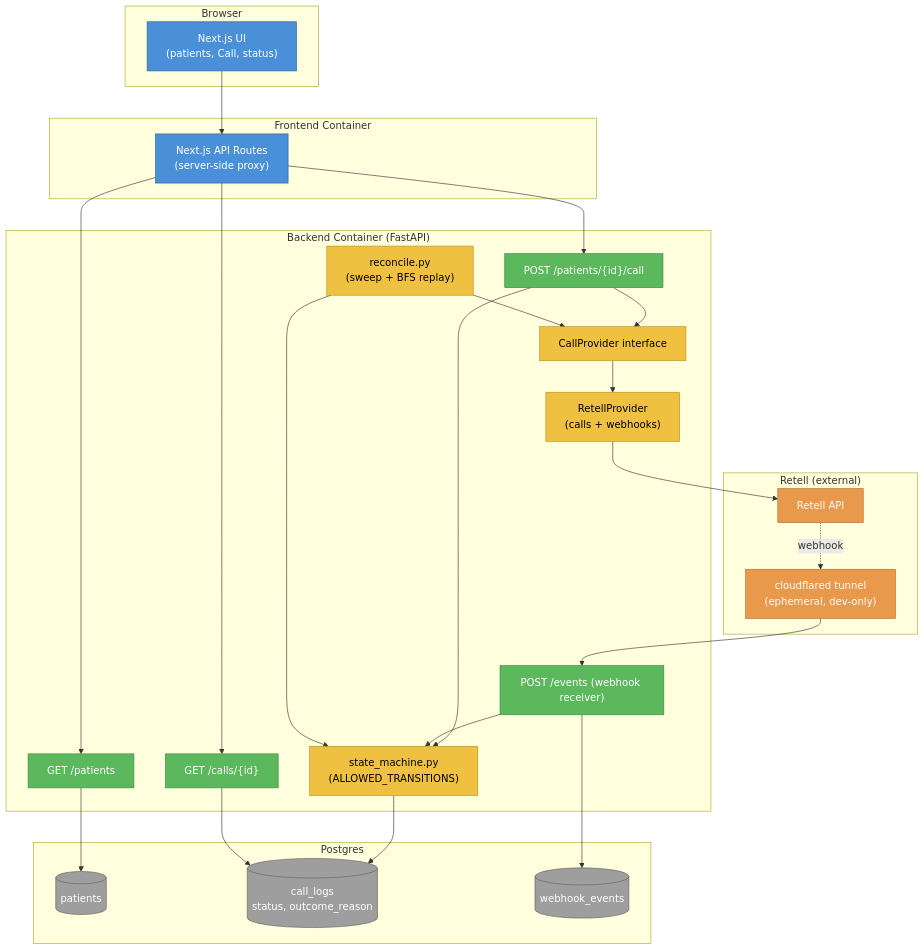
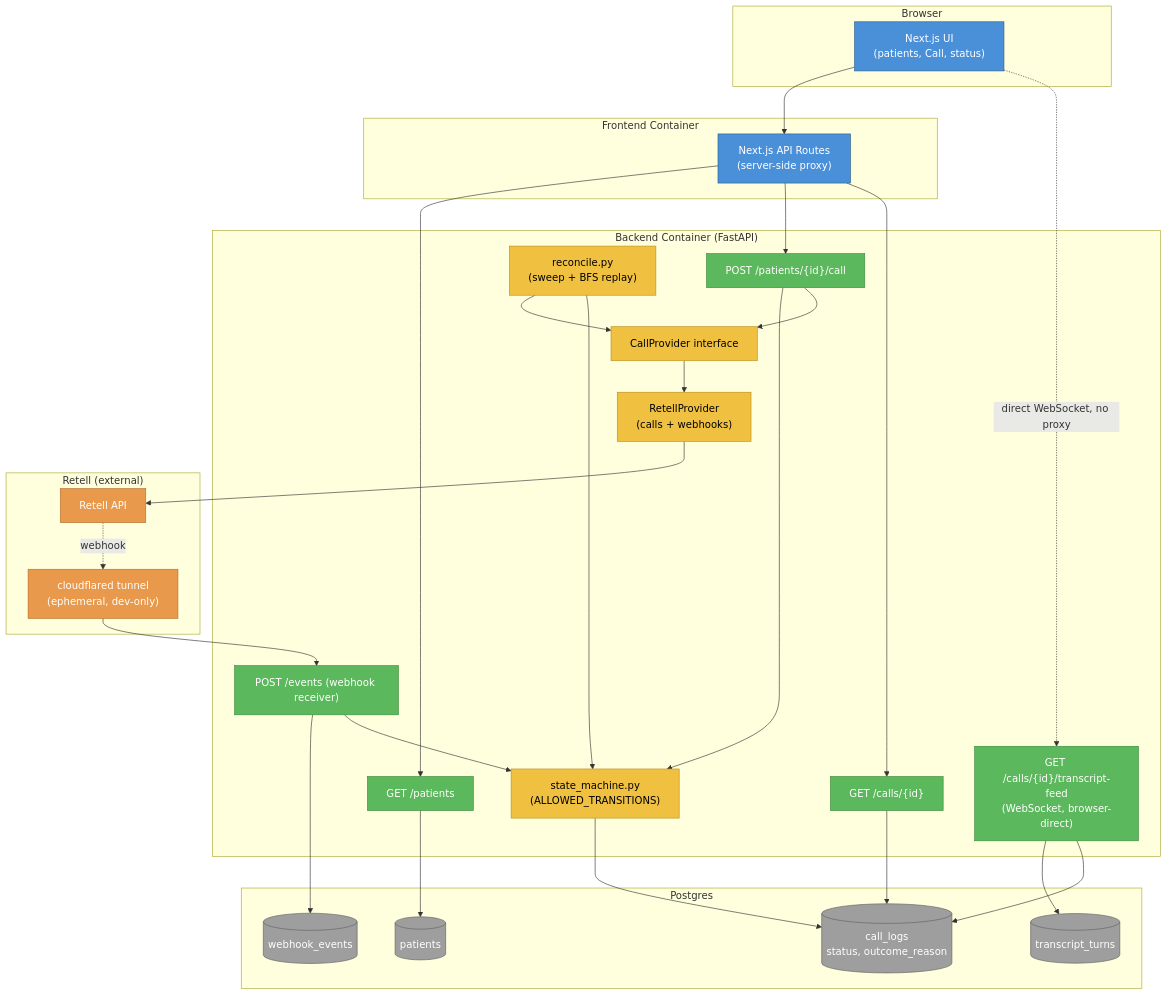
One commit to liam-pinson/rely-health-ai-calling-agent changed the first of 2 diagrams in README.md. Above: the diagram before and after it, drawn with Mermaid. The commit also changed other lines of this file and 31 other files, not shown here.

````diff
--- a/README.md
+++ b/README.md
@@ -202,54 +239,59 @@
 ```mermaid
 flowchart TB
     subgraph Client["Browser"]
         UI["Next.js UI<br/>(patients, Call, status)"]
     end
 
     subgraph Frontend["Frontend Container"]
         Proxy["Next.js API Routes<br/>(server-side proxy)"]
     end
 
     subgraph Backend["Backend Container (FastAPI)"]
         Patients["GET /patients"]
         CallEP["POST /patients/{id}/call"]
         Events["POST /events (webhook receiver)"]
         CallsGet["GET /calls/{id}"]
+        TranscriptFeed["GET /calls/{id}/transcript-feed<br/>(WebSocket, browser-direct)"]
         SM["state_machine.py<br/>(ALLOWED_TRANSITIONS)"]
         Reconcile["reconcile.py<br/>(sweep + BFS replay)"]
         Provider["CallProvider interface"]
         Retell["RetellProvider<br/>(calls + webhooks)"]
     end
 
     subgraph DB["Postgres"]
         PatientTbl[("patients")]
         CallLogTbl[("call_logs<br/>status, outcome_reason")]
         WebhookTbl[("webhook_events")]
+        TranscriptTbl[("transcript_turns")]
     end
 
     subgraph External["Retell (external)"]
         RetellAPI["Retell API"]
         Tunnel["cloudflared tunnel<br/>(ephemeral, dev-only)"]
     end
 
     UI --> Proxy --> Patients & CallEP & CallsGet
+    UI -.direct WebSocket, no proxy.-> TranscriptFeed
     CallEP --> SM --> CallLogTbl
     CallEP --> Provider --> Retell --> RetellAPI
     RetellAPI -.webhook.-> Tunnel --> Events --> WebhookTbl
     Events --> SM
     Reconcile --> Provider
     Reconcile --> SM
     Patients --> PatientTbl
     CallsGet --> CallLogTbl
+    TranscriptFeed --> TranscriptTbl
+    TranscriptFeed --> CallLogTbl
 
     class UI,Proxy frontend
-    class Patients,CallEP,Events,CallsGet route
+    class Patients,CallEP,Events,CallsGet,TranscriptFeed route
     class SM,Reconcile,Provider,Retell logic
-    class PatientTbl,CallLogTbl,WebhookTbl db
+    class PatientTbl,CallLogTbl,WebhookTbl,TranscriptTbl db
     class RetellAPI,Tunnel external
 
     classDef frontend fill:#4A90D9,stroke:#2C5F8A,color:#fff
     classDef route fill:#5CB85C,stroke:#3D8B3D,color:#fff
     classDef logic fill:#F0C040,stroke:#B8901E,color:#000
     classDef db fill:#9E9E9E,stroke:#616161,color:#fff
     classDef external fill:#E8994C,stroke:#B5702A,color:#fff
 ```
````
